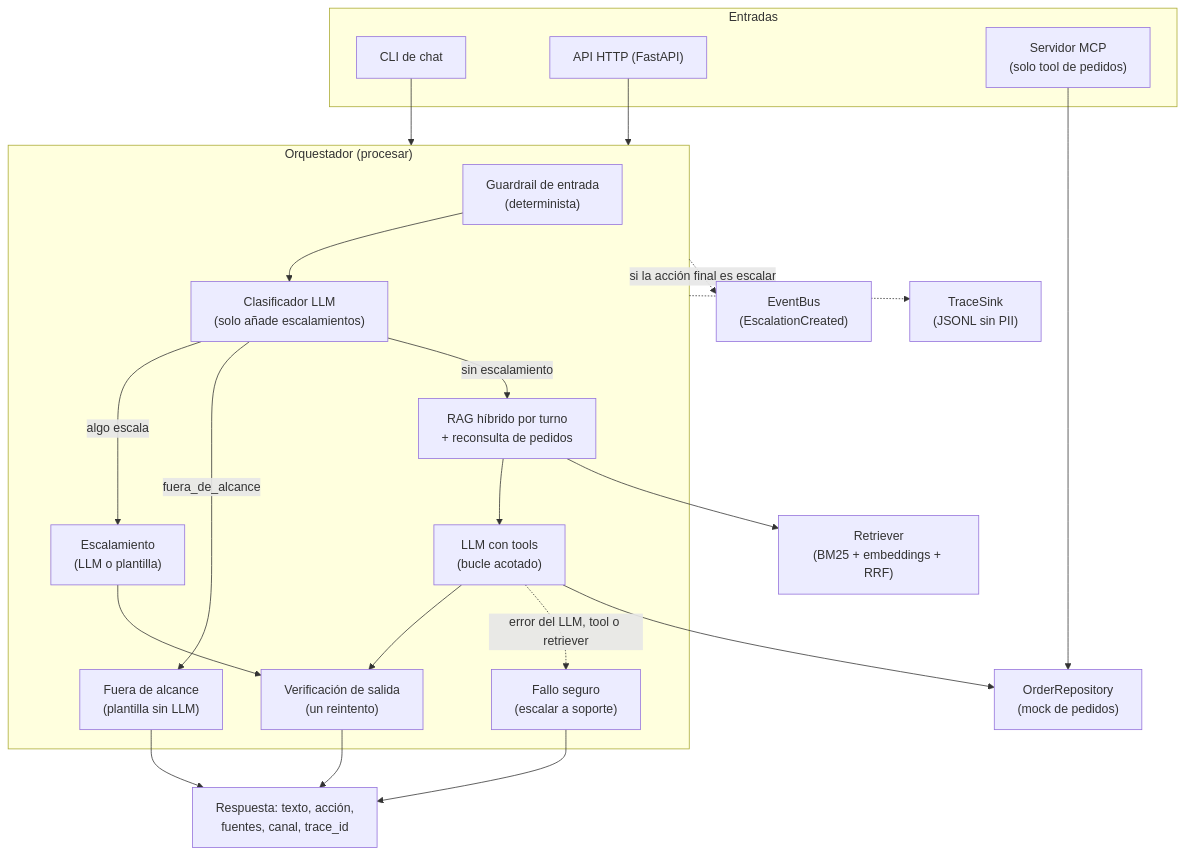
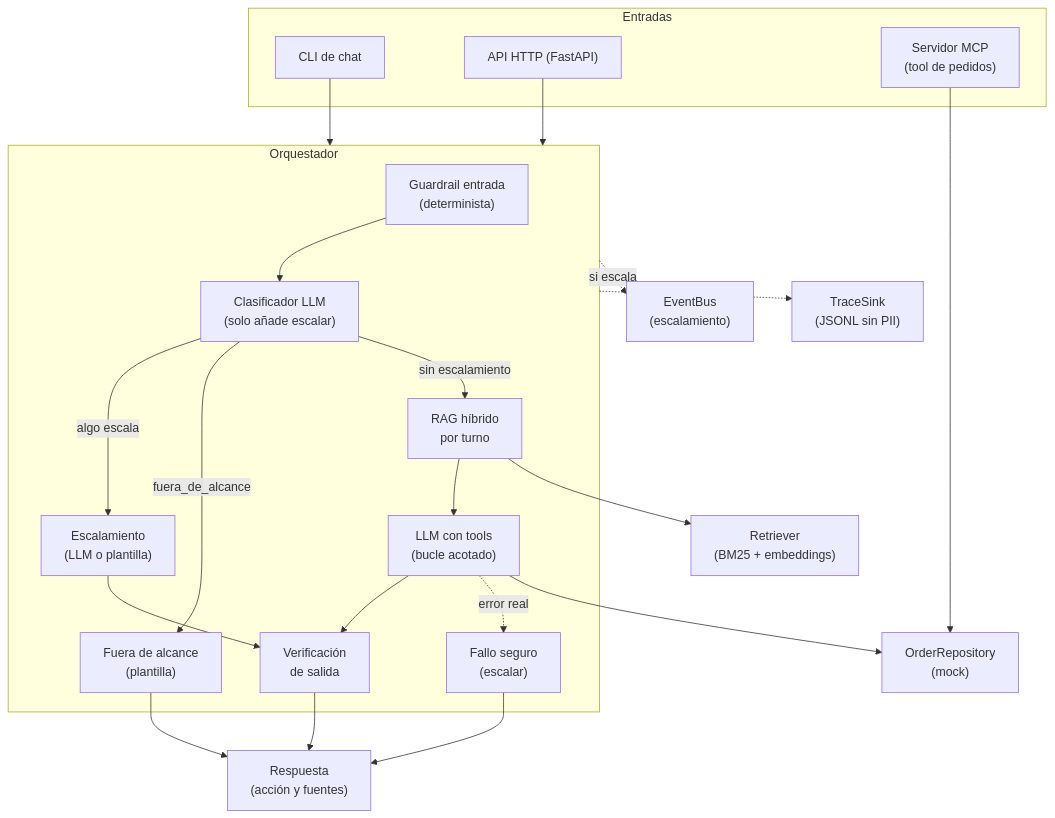
One commit to aliguerreroj/guerrero_ali_prueba_aiengineer changed the diagram in SUBMISSION.md. Above: the diagram before and after it, drawn with Mermaid.

Commit message:
docs: etiqueta corta en el diagrama

````diff
--- a/SUBMISSION.md
+++ b/SUBMISSION.md
@@ -7,40 +7,40 @@
 ```mermaid
 flowchart TD
     subgraph Entradas
         CLI["CLI de chat"]
         API["API HTTP (FastAPI)"]
-        MCP["Servidor MCP<br/>(solo tool de pedidos)"]
+        MCP["Servidor MCP<br/>(tool de pedidos)"]
     end
 
     CLI --> ORQ
     API --> ORQ
 
-    subgraph ORQ["Orquestador (procesar)"]
-        G1["Guardrail de entrada<br/>(determinista)"]
-        C1["Clasificador LLM<br/>(solo añade escalamientos)"]
+    subgraph ORQ["Orquestador"]
+        G1["Guardrail entrada<br/>(determinista)"]
+        C1["Clasificador LLM<br/>(solo añade escalar)"]
         ESC["Escalamiento<br/>(LLM o plantilla)"]
-        FA["Fuera de alcance<br/>(plantilla sin LLM)"]
-        RAG["RAG híbrido por turno<br/>+ reconsulta de pedidos"]
+        FA["Fuera de alcance<br/>(plantilla)"]
+        RAG["RAG híbrido<br/>por turno"]
         BUCLE["LLM con tools<br/>(bucle acotado)"]
-        VER["Verificación de salida<br/>(un reintento)"]
-        SEG["Fallo seguro<br/>(escalar a soporte)"]
+        VER["Verificación<br/>de salida"]
+        SEG["Fallo seguro<br/>(escalar)"]
 
         G1 --> C1
         C1 -->|"algo escala"| ESC
         C1 -->|"fuera_de_alcance"| FA
         C1 -->|"sin escalamiento"| RAG
         RAG --> BUCLE
         BUCLE --> VER
         ESC --> VER
-        BUCLE -.->|"error del LLM, tool o retriever"| SEG
+        BUCLE -.->|"error real"| SEG
     end
 
     MCP --> PED
-    BUCLE --> PED["OrderRepository<br/>(mock de pedidos)"]
-    RAG --> RET["Retriever<br/>(BM25 + embeddings + RRF)"]
-    VER --> RESP["Respuesta: texto, acción,<br/>fuentes, canal, trace_id"]
+    BUCLE --> PED["OrderRepository<br/>(mock)"]
+    RAG --> RET["Retriever<br/>(BM25 + embeddings)"]
+    VER --> RESP["Respuesta<br/>(acción y fuentes)"]
     FA --> RESP
     SEG --> RESP
-    ORQ -.->|"si la acción final es escalar"| EV["EventBus<br/>(EscalationCreated)"]
+    ORQ -.->|"si escala"| EV["EventBus<br/>(escalamiento)"]
     ORQ -.-> TR["TraceSink<br/>(JSONL sin PII)"]
 ```
````
